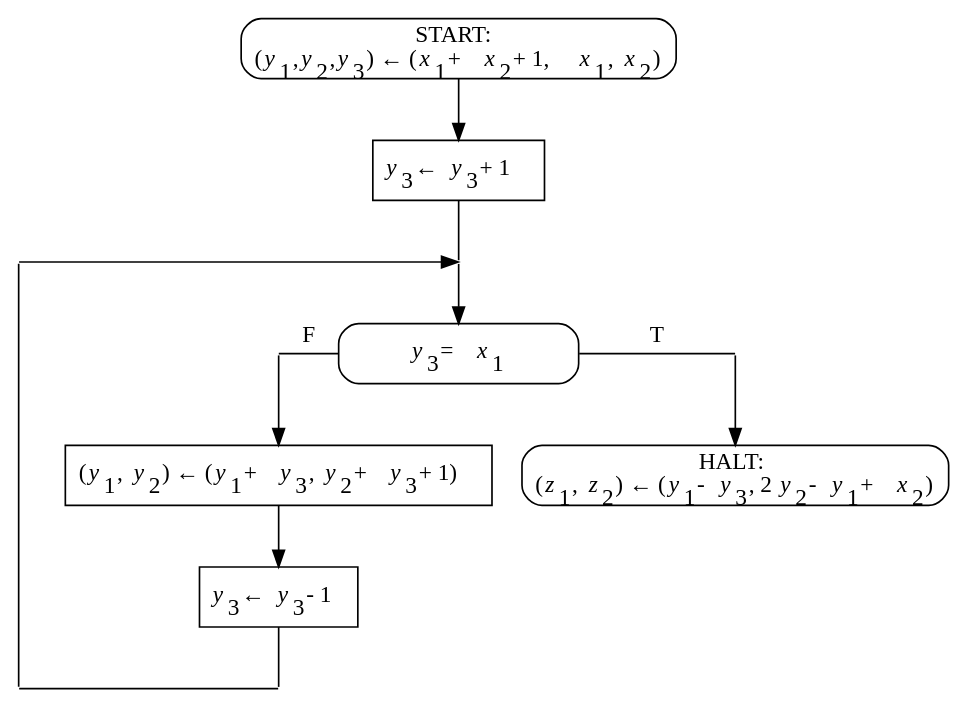
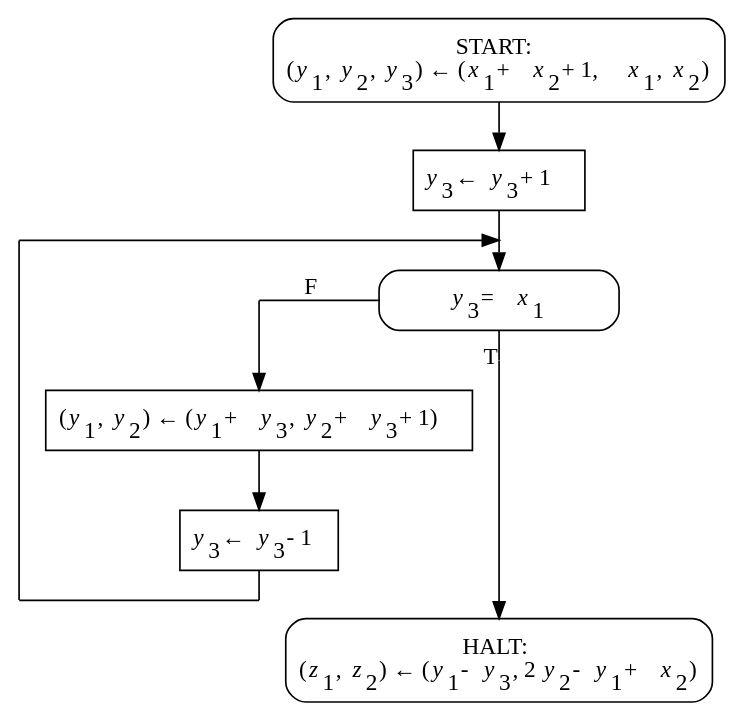
One commit to fmcourse/fmcourse.github.io changed the diagram in exercises/x2_fig1.dot. Above: the diagram before and after it, drawn with Graphviz. The commit also changed 8 other files, not shown here.

```diff
--- a/exercises/x2_fig1.dot
+++ b/exercises/x2_fig1.dot
@@ -1,25 +1,53 @@
-digraph G{
+digraph G {
 
-/* nodes by levels */
-node[shape=rectangle];
-START[style=rounded, label=<START:<br/>(<i>y</i><sub>1</sub>,<i>y</i><sub>2</sub>,<i>y</i><sub>3</sub>) &larr; (<i>x</i><sub>1</sub> + <i>x</i><sub>2</sub> + 1, <i>x</i><sub>1</sub>, <i>x</i><sub>2</sub>)>];
-ASSIGN1[label=<<i>y</i><sub>3</sub> &larr; <i>y</i><sub>3</sub> + 1>];
-TEST[style=rounded, width=2, label=<<i>y</i><sub>3</sub> = <i>x</i><sub>1</sub>>];
-ASSIGN2[label=<(<i>y</i><sub>1</sub>, <i>y</i><sub>2</sub>) &larr; (<i>y</i><sub>1</sub> + <i>y</i><sub>3</sub>, <i>y</i><sub>2</sub> + <i>y</i><sub>3</sub> + 1)>];
-ASSIGN3[label=<<i>y</i><sub>3</sub> &larr; <i>y</i><sub>3</sub> - 1>];
-HALT[style=rounded, label=<HALT:<br/>(<i>z</i><sub>1</sub>, <i>z</i><sub>2</sub>) &larr; (<i>y</i><sub>1</sub> - <i>y</i><sub>3</sub>, 2<i>y</i><sub>2</sub> - <i>y</i><sub>1</sub> + <i>x</i><sub>2</sub>)>];
+layout=neato;
+splines=false;
+node [shape=rectangle];
+edge [arrowhead=normal];
+
+START  [pos="0,5!",  style=rounded, height=0.7,
+label=<START:<br/>(<i>y</i><sub>1</sub>, <i>y</i><sub>2</sub>, <i>y</i><sub>3</sub>) &larr; (<i>x</i><sub>1</sub> + <i>x</i><sub>2</sub> + 1, <i>x</i><sub>1</sub>, <i>x</i><sub>2</sub>)>];
+
+ASSIGN1 [pos="0,4!",
+label=<<i>y</i><sub>3</sub> &larr; <i>y</i><sub>3</sub> + 1>];
+
+TEST [pos="0,3!", style=rounded, width=2,
+label=<<i>y</i><sub>3</sub> = <i>x</i><sub>1</sub>>];
+
+ASSIGN2 [pos="-2,2!",
+label=<(<i>y</i><sub>1</sub>, <i>y</i><sub>2</sub>) &larr; (<i>y</i><sub>1</sub> + <i>y</i><sub>3</sub>, <i>y</i><sub>2</sub> + <i>y</i><sub>3</sub> + 1)>];
+
+ASSIGN3 [pos="-2,1!",
+label=<<i>y</i><sub>3</sub> &larr; <i>y</i><sub>3</sub> - 1>];
+
+HALT [pos="0,0!", style=rounded, height=0.7,
+label=<HALT:<br/>(<i>z</i><sub>1</sub>, <i>z</i><sub>2</sub>) &larr; (<i>y</i><sub>1</sub> - <i>y</i><sub>3</sub>, 2<i>y</i><sub>2</sub> - <i>y</i><sub>1</sub> + <i>x</i><sub>2</sub>)>];
+
+node [shape=point, width=0];
+
+p2 [pos="0,3.5!"];
+p3 [pos="-2,3!"];
+p4 [pos="0,2.5!"];
+p5 [pos="-4,0.5!"];
+p6 [pos="-2,0.5!"];
+p1 [pos="-4,3.5!"];
 
 /* edges */
-node [shape=point, width=0, label=""];
-START -> ASSIGN1 [weight=8]; ASSIGN1 -> p2 [arrowhead=none];
-{ rank=same; p1 -> p2; }
-p1 -> p5 [weight=8, arrowhead=none];
-p2 -> TEST[weight=8];
-{ rank=same; p3 -> TEST [label="F", arrowhead=none]; TEST -> p4 [label="T", arrowhead=none]; }
-p3 -> ASSIGN2 [weight=8];
-p4 -> HALT [weight=8];
-{ rank=same; ASSIGN2; HALT; }
-ASSIGN2 -> ASSIGN3 [weight=8];
-ASSIGN3 -> p6 [weight=8, arrowhead=none];
-{ rank=same; p5 -> p6 [arrowhead=none]; }
+START -> ASSIGN1;
+ASSIGN1 -> p2 [arrowhead=none];
+p2 -> TEST;
+
+TEST -> p4 [label="T", arrowhead=none];
+TEST -> p3 [label="F", arrowhead=none];
+
+p4 -> HALT;
+
+p3 -> ASSIGN2;
+ASSIGN2 -> ASSIGN3;
+ASSIGN3 -> p6 [arrowhead=none];
+
+p1 -> p2;
+p1 -> p5 [arrowhead=none];
+p5 -> p6 [arrowhead=none];
+
 }
```
